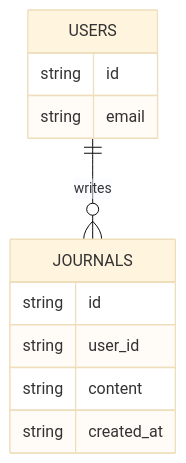
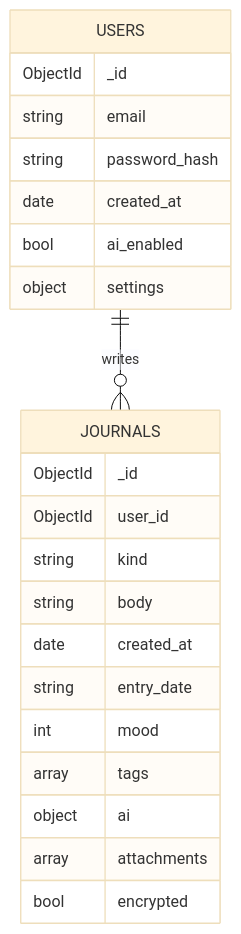
One commit to starseeker-code-public/joy-ai-rest-journaling-system changed the second of 2 diagrams in readme.md. Above: the diagram before and after it, drawn with Mermaid (base theme). The commit also changed other lines of this file and 5 other files, not shown here.

````diff
--- a/readme.md
+++ b/readme.md
@@ -229,17 +230,28 @@
 ``` mermaid
 erDiagram
 
 USERS {
-string id
+ObjectId _id
 string email
+string password_hash
+date created_at
+bool ai_enabled
+object settings
 }
 
 JOURNALS {
-string id
-string user_id
-string content
-string created_at
+ObjectId _id
+ObjectId user_id
+string kind
+string body
+date created_at
+string entry_date
+int mood
+array tags
+object ai
+array attachments
+bool encrypted
 }
 
 USERS ||--o{ JOURNALS : writes
 ```
````
